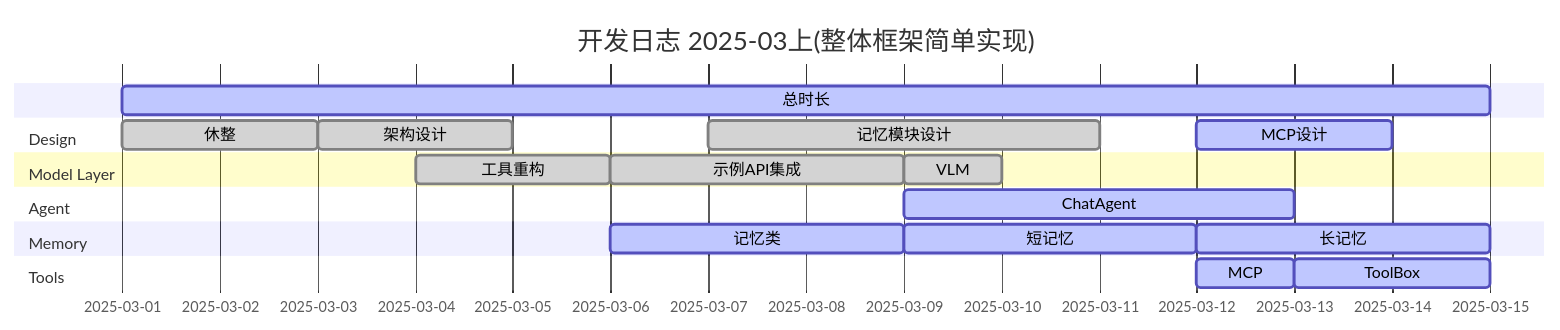
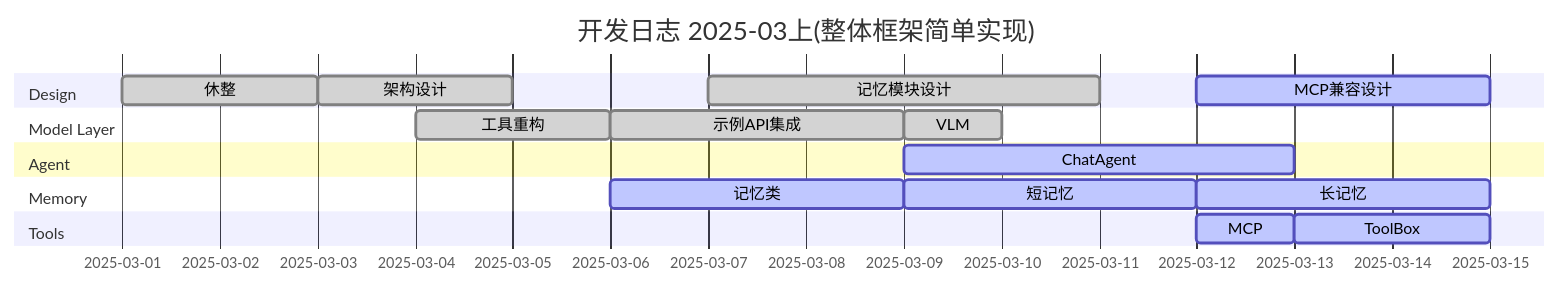
Before and after one commit to SleeeepyZhou/AIdot: the first of 2 diagrams in addons/AIdot/.Asset/Develop_log.md, drawn with Mermaid. The commit also changed 21 other files, not shown here.

````diff
--- a/addons/AIdot/.Asset/Develop_log.md
+++ b/addons/AIdot/.Asset/Develop_log.md
@@ -11,30 +11,29 @@
 ```mermaid
 ---
 displayMode: compact
 ---
 gantt
 	title 开发日志 2025-03上(整体框架简单实现)
 	dateFormat  YYYY-MM-DD
-		总时长 :active, 2025-03-01, 14d
 	section Design
 		休整 :done, 2025-03-01, 2d
 		架构设计 :done, 2025-03-03, 2d
 		记忆模块设计 :done, 2025-03-07, 4d
-		MCP设计 :active, 2025-03-12, 2d
+		MCP兼容设计 :active, 2025-03-12, 3d
 	section Model Layer
 		工具重构 :done, 2025-03-04, 2d
 		示例API集成 :done, 2025-03-06, 3d
 		VLM :done, 2025-03-09, 1d
 	section Agent
 		ChatAgent :active, 2025-03-09, 4d
 	section Memory
 		记忆类 :active, 2025-03-06, 3d
 		短记忆 :active, 2025-03-09, 3d
 		长记忆 :active, 2025-03-12, 3d
 	section Action
 	section Perception
 	section Planning
 	section Tools
 		MCP :active, 2025-03-12, 1d
 		ToolBox :active, 2025-03-13, 2d
 ```
````
